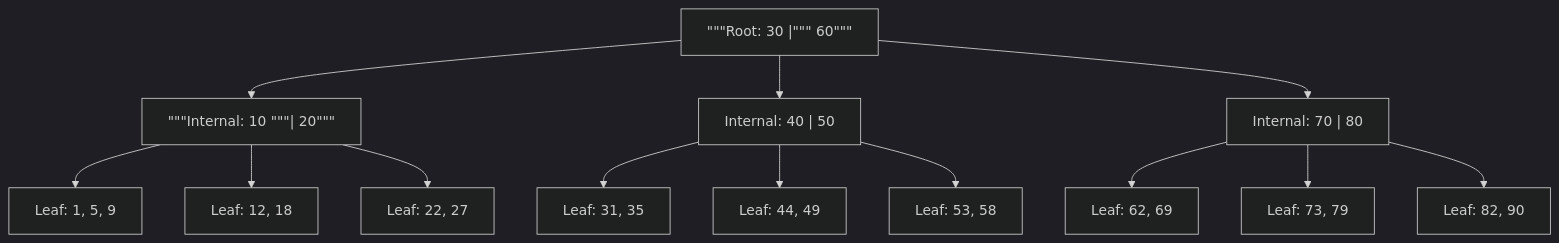
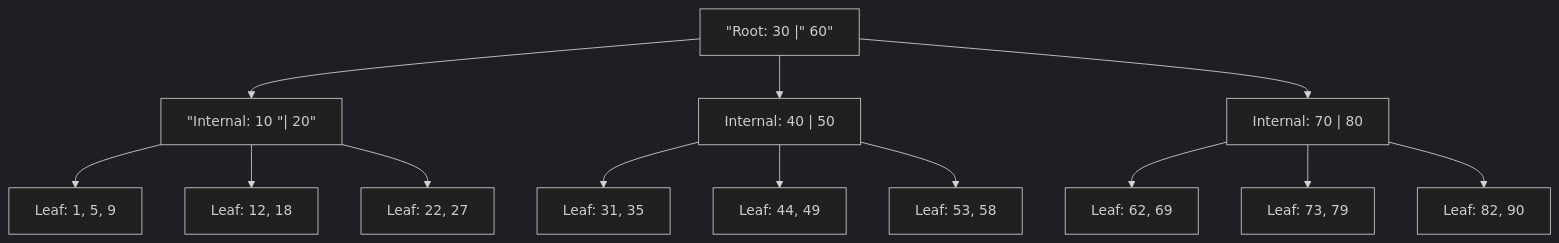
One commit to justinbrianhwang/SJ-wiki changed the diagram in docs/cs/databases/indexing-bplus-hash-bitmap.md. Above: the diagram before and after it, drawn with Mermaid (dark theme). The commit also changed 46 other files, not shown here.

Commit message:
Mermaid sanitizer: single-pass alternation + recover from compound escape chains

````diff
--- a/docs/cs/databases/indexing-bplus-hash-bitmap.md
+++ b/docs/cs/databases/indexing-bplus-hash-bitmap.md
@@ -52,15 +52,15 @@
 ```mermaid
 flowchart TD
-  R["#quot;#quot;#quot;Root: 30 |#quot;#quot;#quot; 60#quot;#quot;#quot;"] --> A["#quot;#quot;#quot;Internal: 10 #quot;#quot;#quot;| 20#quot;#quot;#quot;"]
+  R["#quot;Root: 30 |#quot; 60#quot;"] --> A["#quot;Internal: 10 #quot;| 20#quot;"]
   R --> B["Internal: 40 | 50"]
   R --> C["Internal: 70 | 80"]
   A --> L1["Leaf: 1, 5, 9"]
   A --> L2["Leaf: 12, 18"]
   A --> L3["Leaf: 22, 27"]
   B --> L4["Leaf: 31, 35"]
   B --> L5["Leaf: 44, 49"]
   B --> L6["Leaf: 53, 58"]
   C --> L7["Leaf: 62, 69"]
   C --> L8["Leaf: 73, 79"]
   C --> L9["Leaf: 82, 90"]
 ```
````
